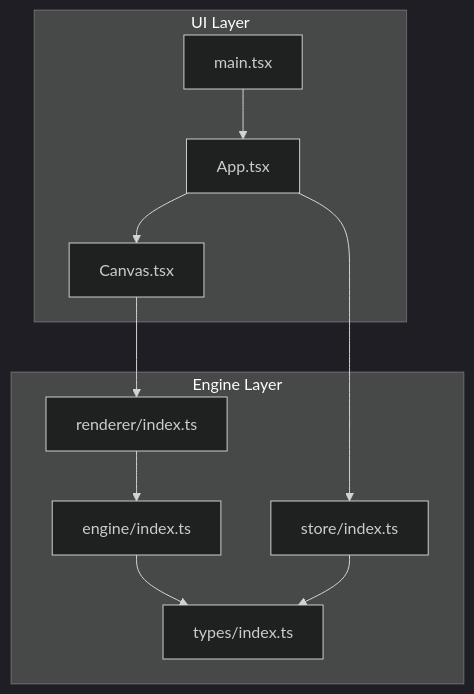
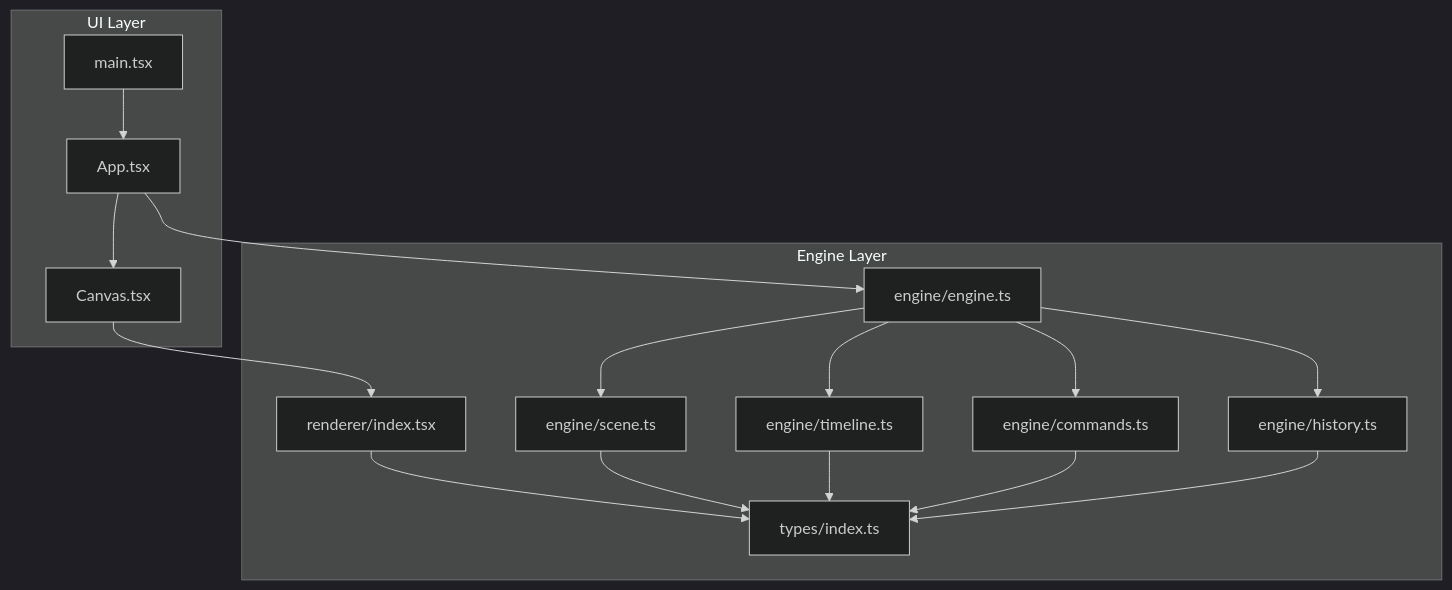
Before and after one commit to Anna0314zy/ai_editor_enginer: the first of 9 diagrams in .qoder/repowiki/en/content/Animation System/Animation System.md, drawn with Mermaid (dark theme). The commit also changed other lines of this file and 41 other files, not shown here.

````diff
--- a/.qoder/repowiki/en/content/Animation System/Animation System.md
+++ b/.qoder/repowiki/en/content/Animation System/Animation System.md
@@ -39,21 +51,30 @@
 ```mermaid
 graph TB
 subgraph "UI Layer"
 APP["App.tsx"]
 MAIN["main.tsx"]
 CANVAS["Canvas.tsx"]
 end
 subgraph "Engine Layer"
-ENGINE["engine/index.ts"]
-RENDERER["renderer/index.ts"]
-STORE["store/index.ts"]
+ENGINE["engine/engine.ts"]
+TIMELINE["engine/timeline.ts"]
+SCENE["engine/scene.ts"]
+RENDERER["renderer/index.tsx"]
+COMMANDS["engine/commands.ts"]
+HISTORY["engine/history.ts"]
 TYPES["types/index.ts"]
 end
 APP --> CANVAS
-APP --> STORE
+APP --> ENGINE
 CANVAS --> RENDERER
-RENDERER --> ENGINE
-ENGINE --> TYPES
-STORE --> TYPES
+ENGINE --> TIMELINE
+ENGINE --> SCENE
+ENGINE --> HISTORY
+ENGINE --> COMMANDS
+RENDERER --> TYPES
+SCENE --> TYPES
+TIMELINE --> TYPES
+COMMANDS --> TYPES
+HISTORY --> TYPES
 MAIN --> APP
 ```
````
